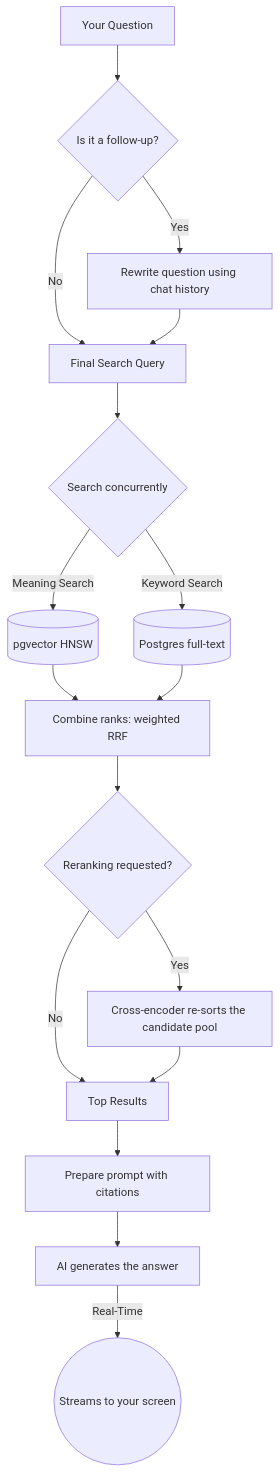
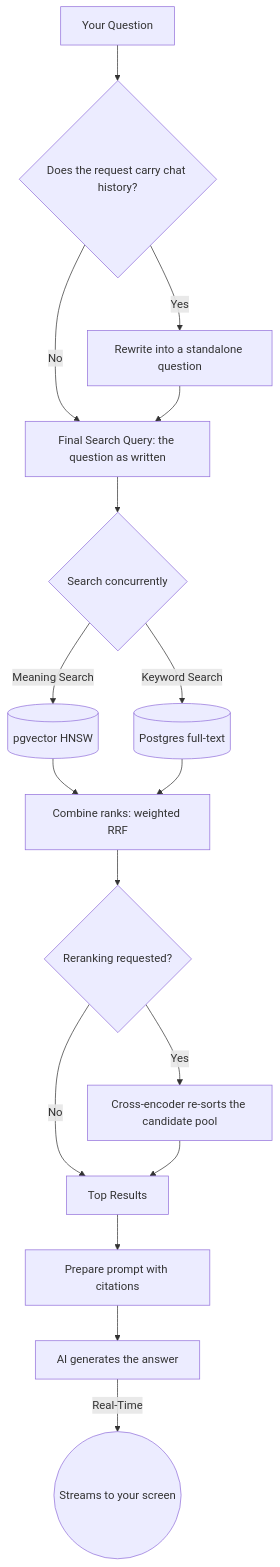
Before and after one commit to rudrabaru/nexus-rag: the third of 4 diagrams in README.md, drawn with Mermaid. The commit also changed 9 other files, not shown here.

````diff
--- a/README.md
+++ b/README.md
@@ -229,29 +229,29 @@
 ```mermaid
 graph TD
-    A[Your Question] --> B{Is it a follow-up?}
+    A[Your Question] --> B{Does the request carry chat history?}
     
     %% Rewriting
-    B -->|Yes| C[Rewrite question using chat history]
-    B -->|No| D[Final Search Query]
+    B -->|Yes| C[Rewrite into a standalone question]
+    B -->|No| D[Final Search Query: the question as written]
     C --> D
     
     %% Hybrid Retrieval
     D --> E{Search concurrently}
     E -->|Meaning Search| F[(pgvector HNSW)]
     E -->|Keyword Search| G[(Postgres full-text)]
     
     F --> H[Combine ranks: weighted RRF]
     G --> H
     
     %% Refinement
     H --> I{Reranking requested?}
     I -->|Yes| J[Cross-encoder re-sorts the candidate pool]
     I -->|No| K[Top Results]
     J --> K
     
     %% Generation
     K --> L[Prepare prompt with citations]
     L --> M[AI generates the answer]
     
     M -->|Real-Time| N((Streams to your screen))
 ```
````
